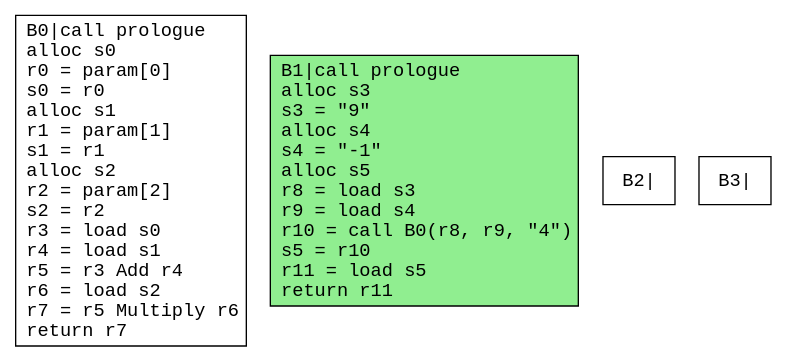
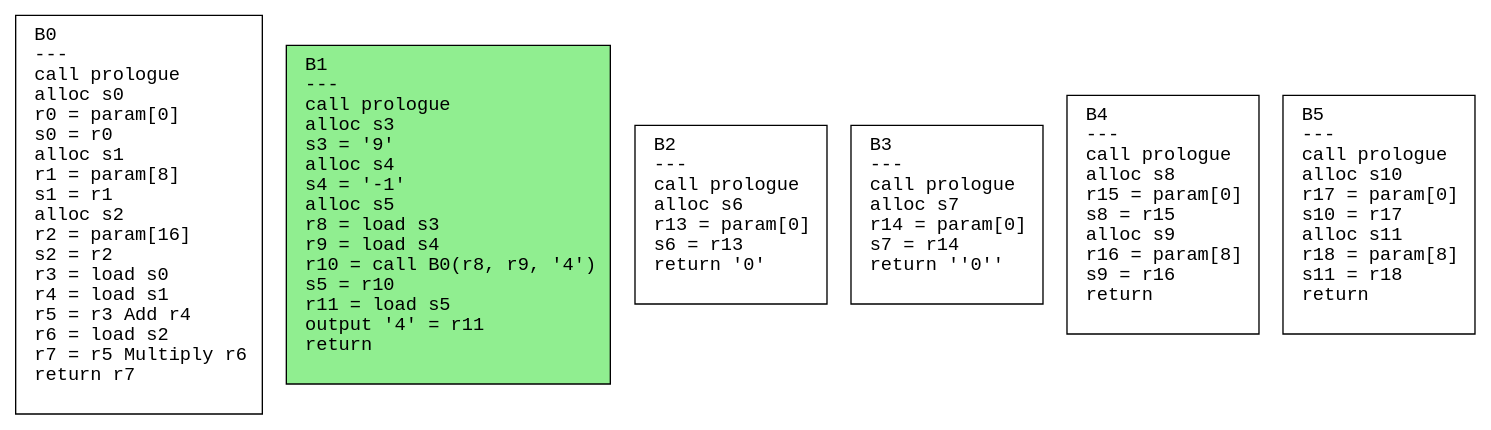
Before and after one commit to safarislava/ProcTranslator: the diagram in output/params.dot, drawn with Graphviz. The commit also changed 38 other files, not shown here.

Commit message:
Fix control flow graph

```diff
--- a/output/params.dot
+++ b/output/params.dot
@@ -1,11 +1,13 @@
 digraph CFG {
   rankdir=TB;
-  node [shape=box, fontname="Courier"];
+  node [shape=box, fontname="Courier", style=filled, fillcolor=white, margin="0.2,0.1"];
   edge [fontname="Courier"];
 
-  B0 [label="B0|call prologue\lalloc s0\lr0 = param[0]\ls0 = r0\lalloc s1\lr1 = param[1]\ls1 = r1\lalloc s2\lr2 = param[2]\ls2 = r2\lr3 = load s0\lr4 = load s1\lr5 = r3 Add r4\lr6 = load s2\lr7 = r5 Multiply r6\lreturn r7\l"];
-  B1 [label="B1|call prologue\lalloc s3\ls3 = \"9\"\lalloc s4\ls4 = \"-1\"\lalloc s5\lr8 = load s3\lr9 = load s4\lr10 = call B0(r8, r9, \"4\")\ls5 = r10\lr11 = load s5\lreturn r11\l"];
-  B2 [label="B2|"];
-  B3 [label="B3|"];
-  B1 [style=filled, fillcolor=lightgreen];
+  "B0" [label="B0\l---\lcall prologue\lalloc s0\lr0 = param[0]\ls0 = r0\lalloc s1\lr1 = param[8]\ls1 = r1\lalloc s2\lr2 = param[16]\ls2 = r2\lr3 = load s0\lr4 = load s1\lr5 = r3 Add r4\lr6 = load s2\lr7 = r5 Multiply r6\lreturn r7\l "];
+  "B1" [label="B1\l---\lcall prologue\lalloc s3\ls3 = '9'\lalloc s4\ls4 = '-1'\lalloc s5\lr8 = load s3\lr9 = load s4\lr10 = call B0(r8, r9, '4')\ls5 = r10\lr11 = load s5\loutput '4' = r11\lreturn\l "];
+  "B2" [label="B2\l---\lcall prologue\lalloc s6\lr13 = param[0]\ls6 = r13\lreturn '0'\l "];
+  "B3" [label="B3\l---\lcall prologue\lalloc s7\lr14 = param[0]\ls7 = r14\lreturn ''0''\l "];
+  "B4" [label="B4\l---\lcall prologue\lalloc s8\lr15 = param[0]\ls8 = r15\lalloc s9\lr16 = param[8]\ls9 = r16\lreturn\l "];
+  "B5" [label="B5\l---\lcall prologue\lalloc s10\lr17 = param[0]\ls10 = r17\lalloc s11\lr18 = param[8]\ls11 = r18\lreturn\l "];
+  "B1" [fillcolor=lightgreen];
 }
```
